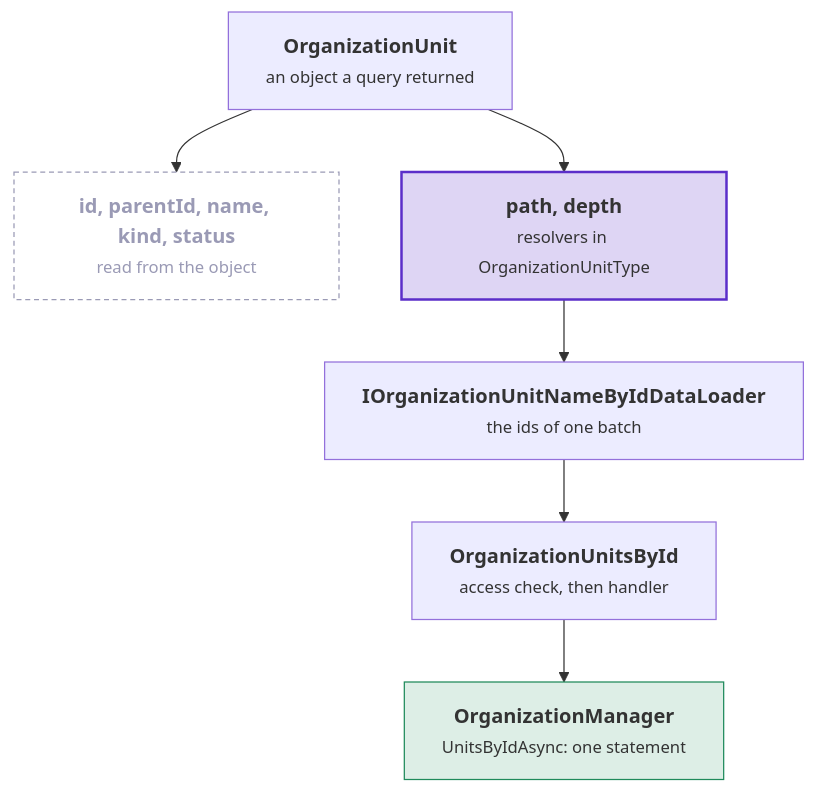
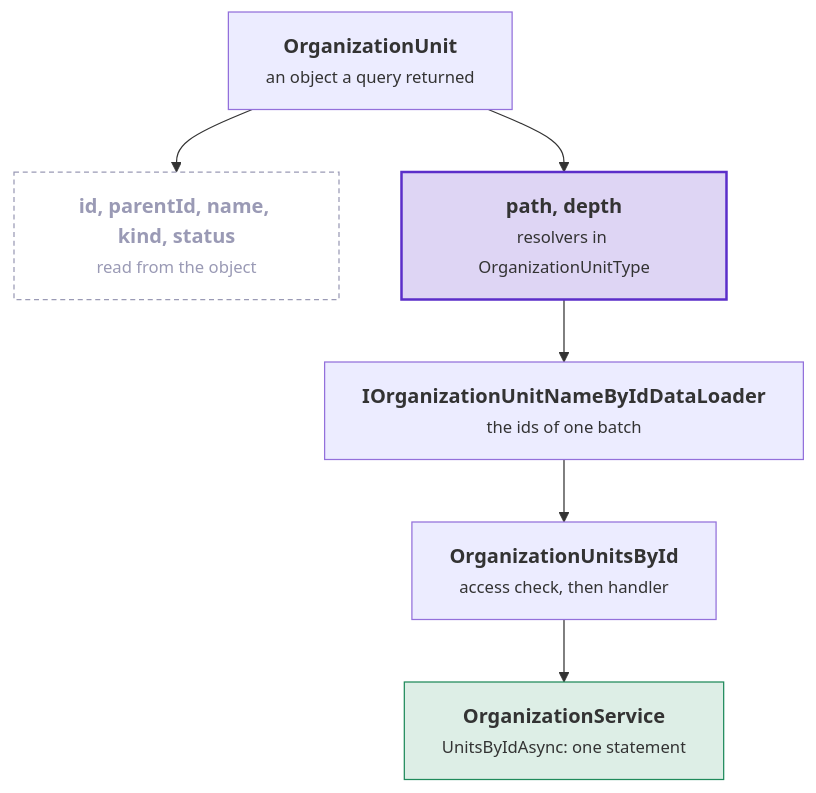
Before and after one commit to DylanSnel/DDDToolkit: the second of 3 diagrams in docs/tenancy/sample/graphql.md, drawn with Mermaid. The commit also changed other lines of this file and 65 other files, not shown here.

````diff
--- a/docs/tenancy/sample/graphql.md
+++ b/docs/tenancy/sample/graphql.md
@@ -72,18 +72,18 @@
 ```mermaid
 flowchart TB
     unit["<b>OrganizationUnit</b><br/><small>an object a query returned</small>"]
     own["<b>id, parentId, name, kind, status</b><br/><small>read from the object</small>"]
     resolvers["<b>path, depth</b><br/><small>resolvers in OrganizationUnitType</small>"]
     loader["<b>IOrganizationUnitNameByIdDataLoader</b><br/><small>the ids of one batch</small>"]
     query["<b>OrganizationUnitsById</b><br/><small>access check, then handler</small>"]
-    manager["<b>OrganizationManager</b><br/><small>UnitsByIdAsync: one statement</small>"]
+    manager["<b>OrganizationService</b><br/><small>UnitsByIdAsync: one statement</small>"]
     unit --> own
     unit --> resolvers
     resolvers --> loader --> query --> manager
     classDef strong fill:#5b2ec933,stroke:#5b2ec9,stroke-width:2px
     classDef good fill:#1f8a5b26,stroke:#1f8a5b
     classDef muted fill:none,stroke:#9a9ab5,stroke-dasharray:4 3,color:#9a9ab5
     class resolvers strong
     class manager good
     class own muted
 ```
````
